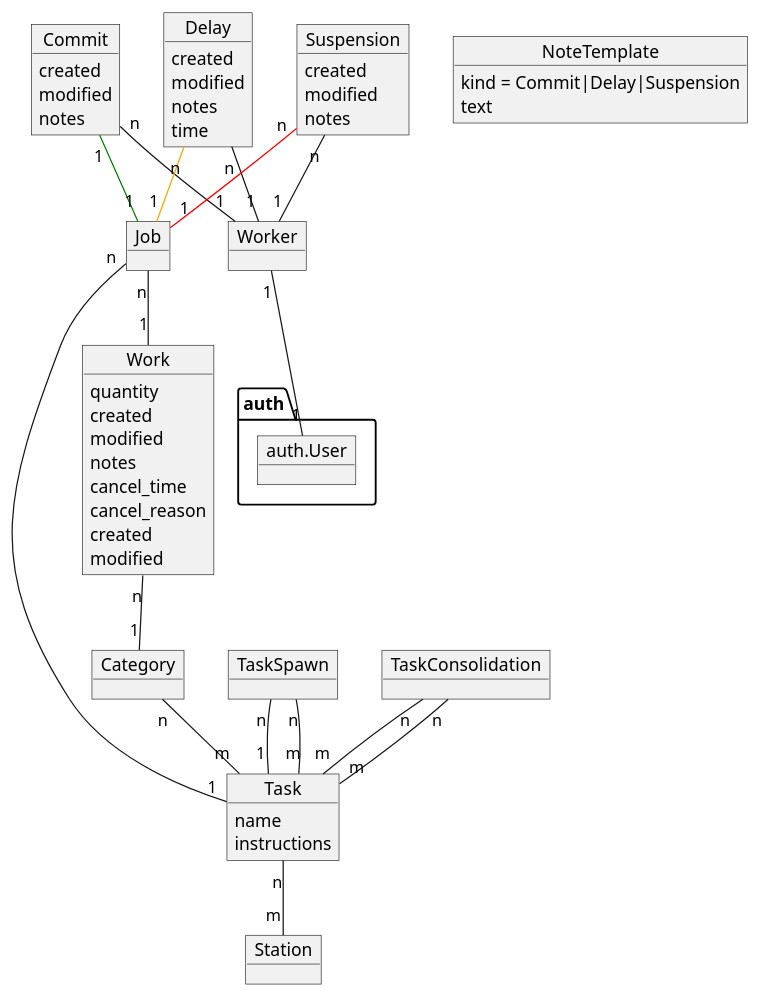
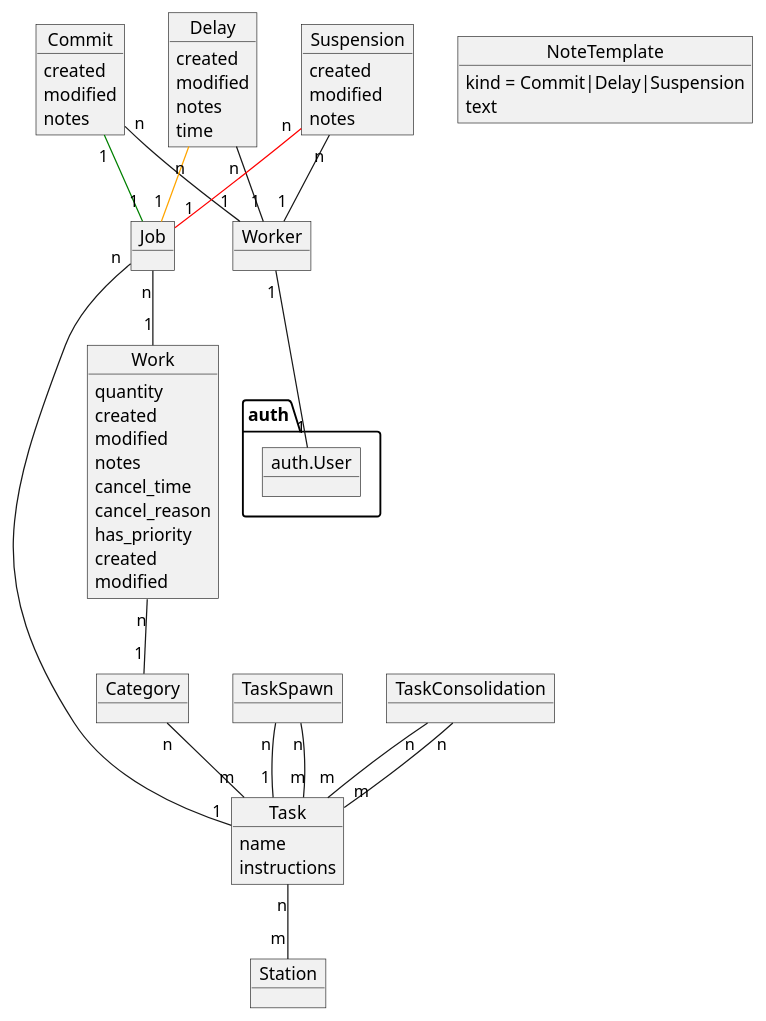
One commit to iriswm/iris changed the diagram in docs/application.plantuml. Above: the diagram before and after it, drawn with PlantUML. The commit also changed 2 other files, not shown here.

Commit message:
Add has_priority field

```diff
--- a/docs/application.plantuml
+++ b/docs/application.plantuml
@@ -1,172 +1,175 @@
 @startuml
 
 /'
 
 Each time the workshop receives a new order, each item type to be created is
 stored as a `Work` in the Iris site. When more than one item of the same time
 should be created, a desired quantity can be specified.
 
 Works track creation and modification times, can have notes and can be
 canceled.
 
+Works can also have priority over other works.
+
 '/
 
 object Work
 
 Work : quantity
 Work : created
 Work : modified
 Work : notes
 Work : cancel_time
 Work : cancel_reason
+Work : has_priority
 
 /'
 
 Each work will be part of a `Category`. Categories will map each work to a set
 of tasks (`Task` objects).
 
 Each task has individual `instructions` and a simple `name`.
 
 When a new work is created, the category is checked and an appropriate set of
 jobs are created (`Job` objects). Each of this jobs, when completed, will span
 extra works according to another model called `TaskSpawn`. Also, some tasks
 will be spawned when a set of tasks for the same line are completed (only when
 they are all completed). This tasks depending on sets of tasks are kept in the
 model `TaskConsolidation`.
 
 '/
 
 object Category
 
 Work "n" -- "1" Category
 
 object Task
 
 Category "n" -- "m" Task
 
 Task : name
 Task : instructions
 
 object Job
 
 Job "n" -- "1" Task
 Job "n" -- "1" Work
 
 object TaskSpawn
 object TaskConsolidation
 
 TaskSpawn "n" -- "1" Task
 TaskSpawn "n" -- "m" Task
 TaskConsolidation "n" -- "m" Task
 TaskConsolidation "n" -- "m" Task
 
 /'
 
 The items in the models `Task`, `Category`, `TaskSpawn` and `TaskConsolidation`
 represent trees of works needed to consider an order fulfilled.
 
 The works can be completed by any worker, identified in the model `Worker` and
 connected to an Django `User`. The works are marked as completed creating a new
 item in another model called `Commit`.
 
 '/
 
 object Worker
 object auth.User
 
 Worker "1" -- "1" auth.User
 
 object Commit
 
 Commit "1" -[#green]- "1" Job
 Commit "n" -- "1" Worker
 
 /'
 
 The items in `Work` and `Commit` are timestamped to keep track of the amount of
 time needed by each item in an Order and offer proper estimations and reports.
 The commits also have `notes`.
 
 '/
 
 Work : created
 Work : modified
 Commit : created
 Commit : modified
 Commit : notes
 
 /'
 
 The main purpose of the Iris site is to keep a list of station profiles in a
 `Station` model and offer a detail page for each station when the workers in
 the station can see the tasks pending work and the information needed for each
 task. The secondary purpose is to help with the estimation of order completion
 times and the tertiary purpose is to offer insights into work efficiency and
 performance.
 
 '/
 
 object Station
 
 Task "n" -- "m" Station
 
 /'
 
 The interface will be keep as simple as possible and will have utilities to
 ease the interaction using touch screens. A simple way to switch between
 workers profiles or an alternative should be provided. Also, a system for
 adding common notes using a few touches may be helpful.
 
 '/
 
 object NoteTemplate
 NoteTemplate : kind = Commit|Delay|Suspension
 NoteTemplate : text
 
 /'
 
 Abnormal workflows in works will be handled using extra models:
 
 '/
 
 /'
 
 - The `Delay` model, with a specific time specified to hide the work in the
   station during that time and a note.
 
 '/
 
 object Delay
 
 Delay "n" -[#orange]- "1" Job
 Delay "n" -- "1" Worker
 
 Delay : created
 Delay : modified
 Delay : notes
 Delay : time
 
 /'
 
 - The `Suspension` model, for halts in works without time estimations, also
   with a note.
 
 '/
 
 object Suspension
 
 Suspension "n" -[#red]- "1" Job
 Suspension "n" -- "1" Worker
 
 Suspension : created
 Suspension : modified
 Suspension : notes
 
 /'
 
 A system of alerts to handle delays or suspensions is also considerably useful
 to have, but in the meantime, an screen to show them should be enough.
 
 '/
 
 @enduml
```
